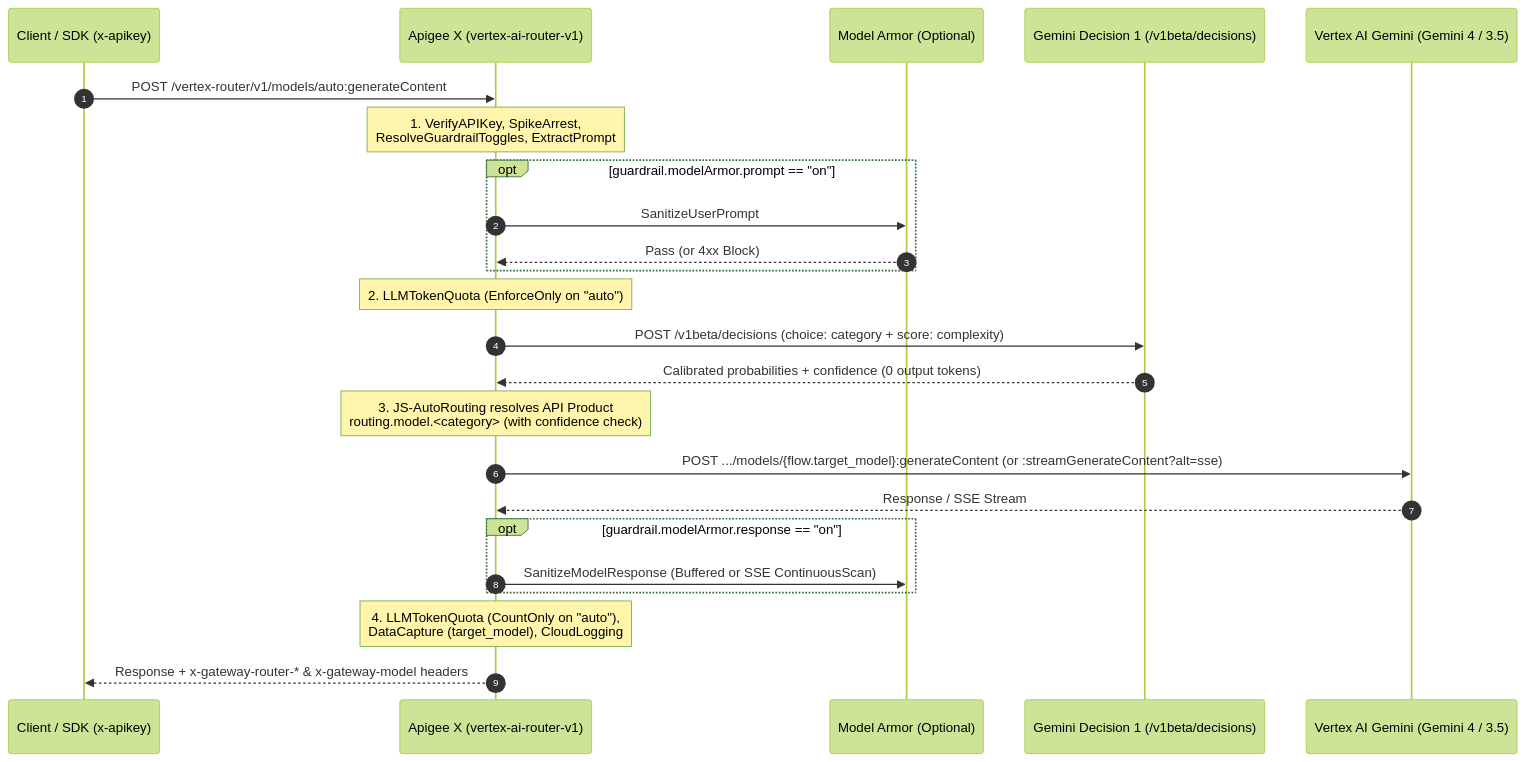
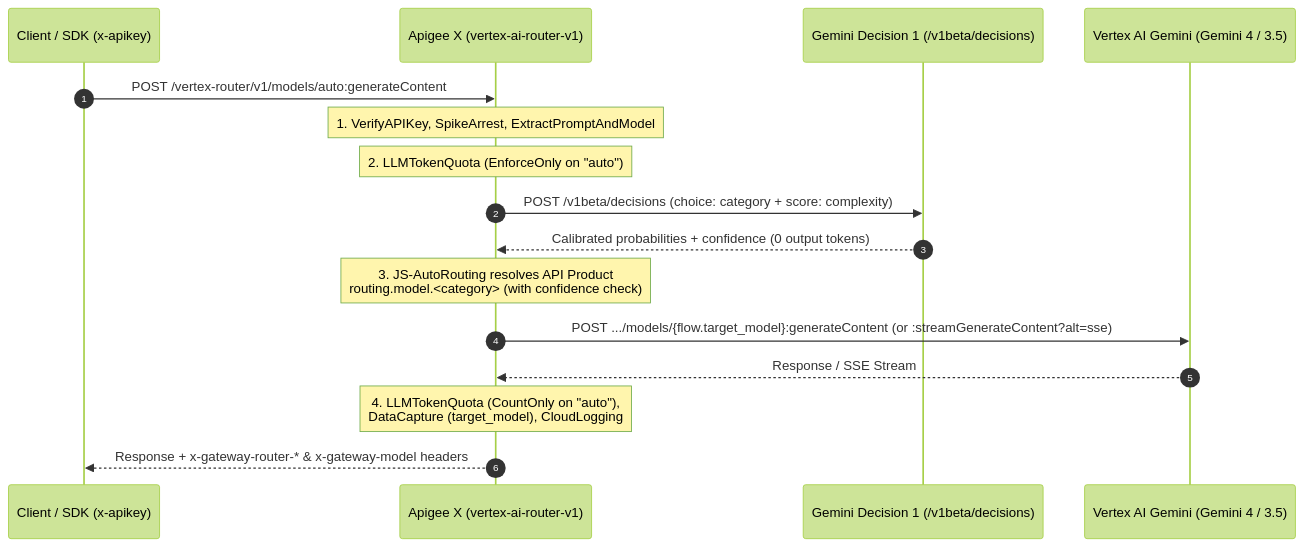
The diagram in ai-gateway/vertex-gemini-decision-router/README.md (maloosatyam-google/apigee-examples), drawn with Mermaid (forest theme) before and after one commit. The commit also changed other lines of this file and 16 other files, not shown here.

Commit message:
refactor: remove Model Armor from vertex-gemini-decision-router for simplicity

````diff
--- a/ai-gateway/vertex-gemini-decision-router/README.md
+++ b/ai-gateway/vertex-gemini-decision-router/README.md
@@ -24,27 +23,19 @@
 ```mermaid
 sequenceDiagram
     autonumber
     participant Client as Client / SDK (x-apikey)
     participant Apigee as Apigee X (vertex-ai-router-v1)
-    participant Armor as Model Armor (Optional)
     participant Decision as Gemini Decision 1 (/v1beta/decisions)
     participant Vertex as Vertex AI Gemini (Gemini 4 / 3.5)
 
     Client->>Apigee: POST /vertex-router/v1/models/auto:generateContent
-    Note over Apigee: 1. VerifyAPIKey, SpikeArrest,<br/>ResolveGuardrailToggles, ExtractPrompt
-    opt guardrail.modelArmor.prompt == "on"
-        Apigee->>Armor: SanitizeUserPrompt
-        Armor-->>Apigee: Pass (or 4xx Block)
-    end
+    Note over Apigee: 1. VerifyAPIKey, SpikeArrest, ExtractPromptAndModel
     Note over Apigee: 2. LLMTokenQuota (EnforceOnly on "auto")
     Apigee->>Decision: POST /v1beta/decisions (choice: category + score: complexity)
     Decision-->>Apigee: Calibrated probabilities + confidence (0 output tokens)
     Note over Apigee: 3. JS-AutoRouting resolves API Product<br/>routing.model.<category> (with confidence check)
     Apigee->>Vertex: POST .../models/{flow.target_model}:generateContent (or :streamGenerateContent?alt=sse)
     Vertex-->>Apigee: Response / SSE Stream
-    opt guardrail.modelArmor.response == "on"
-        Apigee->>Armor: SanitizeModelResponse (Buffered or SSE ContinuousScan)
-    end
     Note over Apigee: 4. LLMTokenQuota (CountOnly on "auto"),<br/>DataCapture (target_model), CloudLogging
     Apigee-->>Client: Response + x-gateway-router-* & x-gateway-model headers
 ```
````
